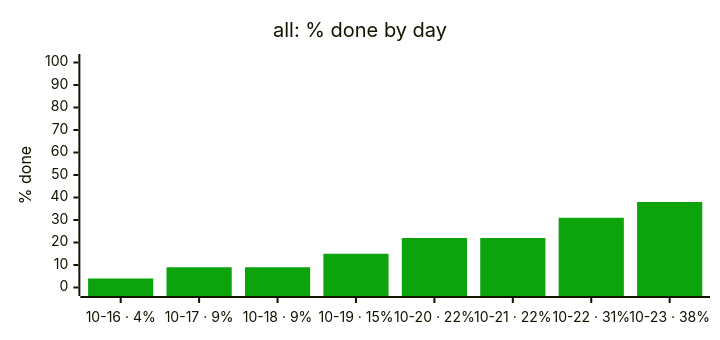
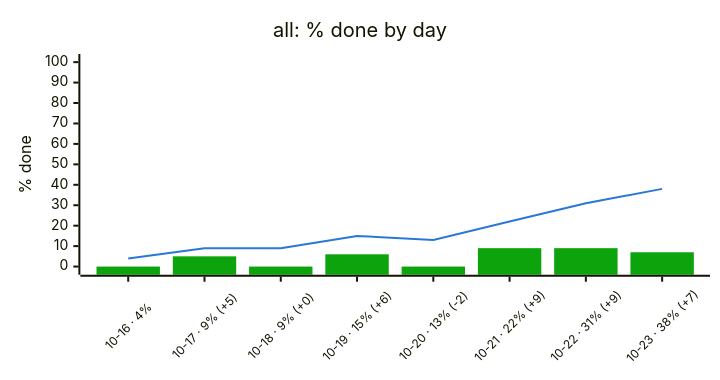
Before and after one commit to bvraghav/pmtrack: the first of 3 diagrams in examples/trend-sample.md, drawn with Mermaid. The commit also changed other lines of this file and 3 other files, not shown here.

````diff
--- a/examples/trend-sample.md
+++ b/examples/trend-sample.md
@@ -16,8 +18,9 @@
 ```mermaid
-%%{init: {"themeVariables": {"xyChart": {"plotColorPalette": "#0ca30c"}}, "xyChart": {"height": 320}}}%%
+%%{init: {"themeVariables": {"xyChart": {"plotColorPalette": "#0ca30c,#2a78d6"}}, "xyChart": {"height": 360, "xAxis": {"labelRotation": -45, "labelFontSize": 12}}}}%%
 xychart-beta
   title "all: % done by day"
-  x-axis ["10-16 · 4%", "10-17 · 9%", "10-18 · 9%", "10-19 · 15%", "10-20 · 22%", "10-21 · 22%", "10-22 · 31%", "10-23 · 38%"]
+  x-axis ["10-16 · 4%", "10-17 · 9% (+5)", "10-18 · 9% (+0)", "10-19 · 15% (+6)", "10-20 · 13% (-2)", "10-21 · 22% (+9)", "10-22 · 31% (+9)", "10-23 · 38% (+7)"]
   y-axis "% done" 0 --> 100
-  bar [4, 9, 9, 15, 22, 22, 31, 38]
+  bar [0, 5, 0, 6, 0, 9, 9, 7]
+  line [4, 9, 9, 15, 13, 22, 31, 38]
 ```
````
